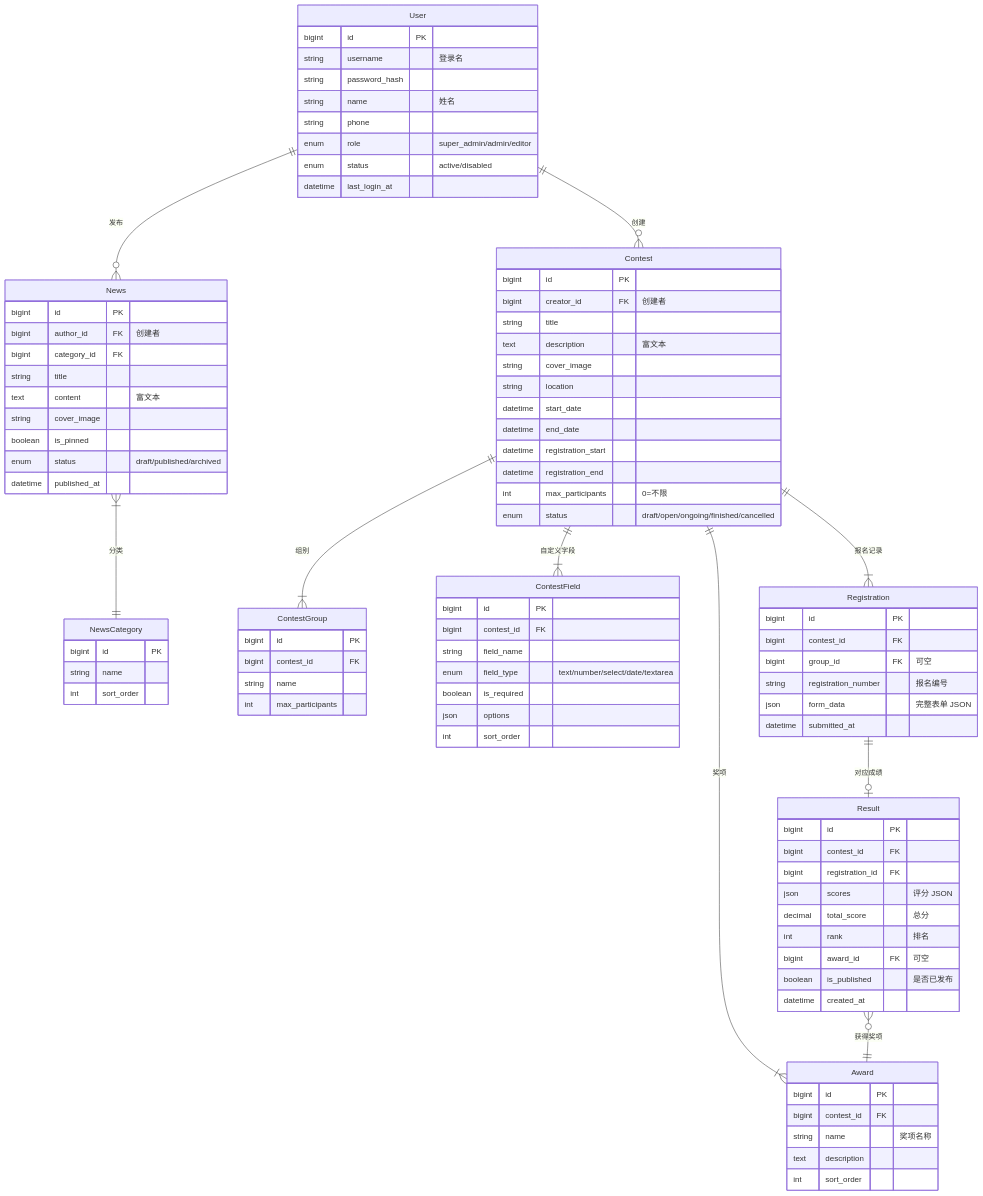
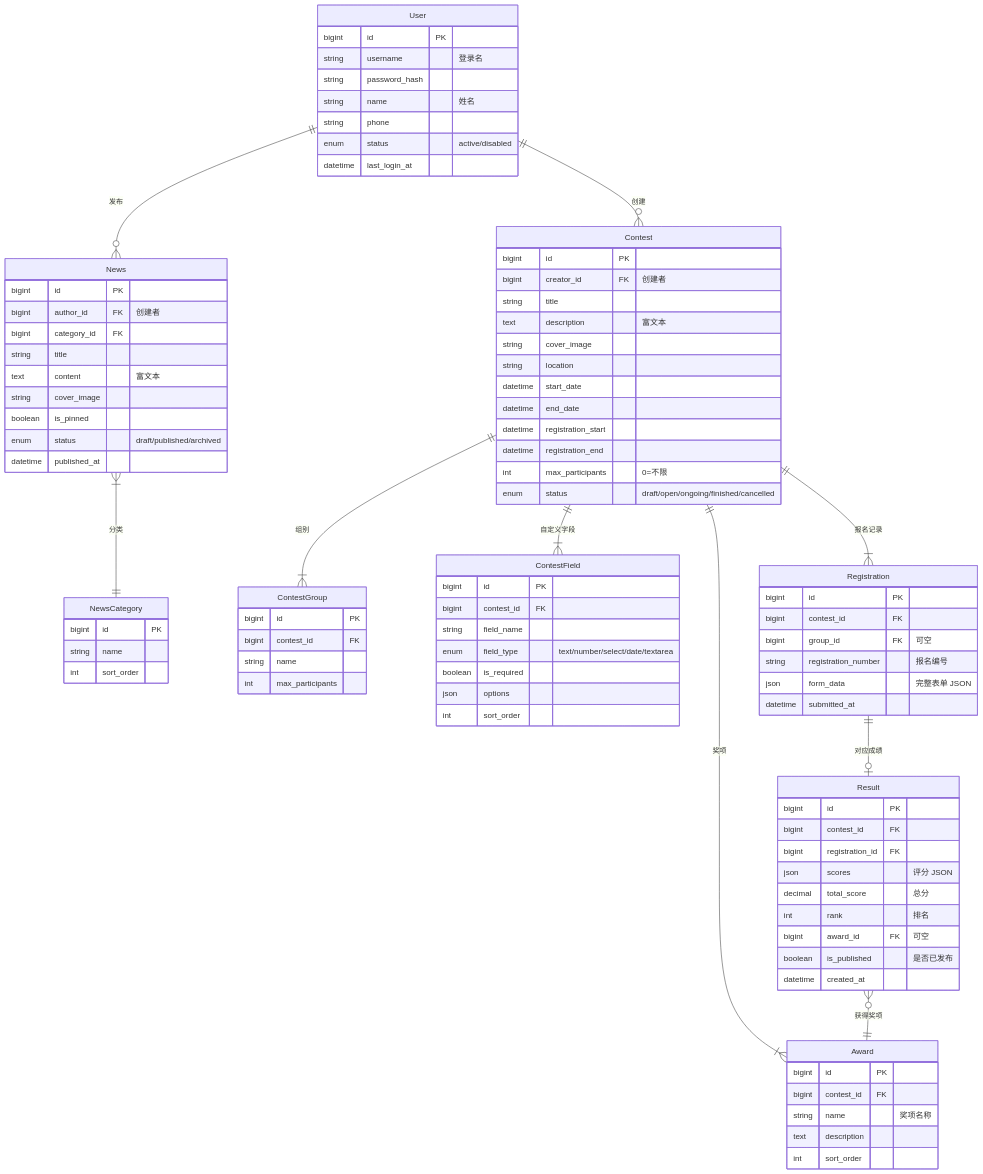
One commit to Antiqueeeee/contest-hub changed the diagram in docs/functional-requirements.md. Above: the diagram before and after it, drawn with Mermaid. The commit also changed other lines of this file, not shown here.

Commit message:
Collapse three admin roles into single role for MVP simplicity

```diff
--- a/docs/functional-requirements.md
+++ b/docs/functional-requirements.md
@@ -534,7 +521,6 @@
         string password_hash
         string name "姓名"
         string phone
-        enum role "super_admin/admin/editor"
         enum status "active/disabled"
         datetime last_login_at
     }
```
